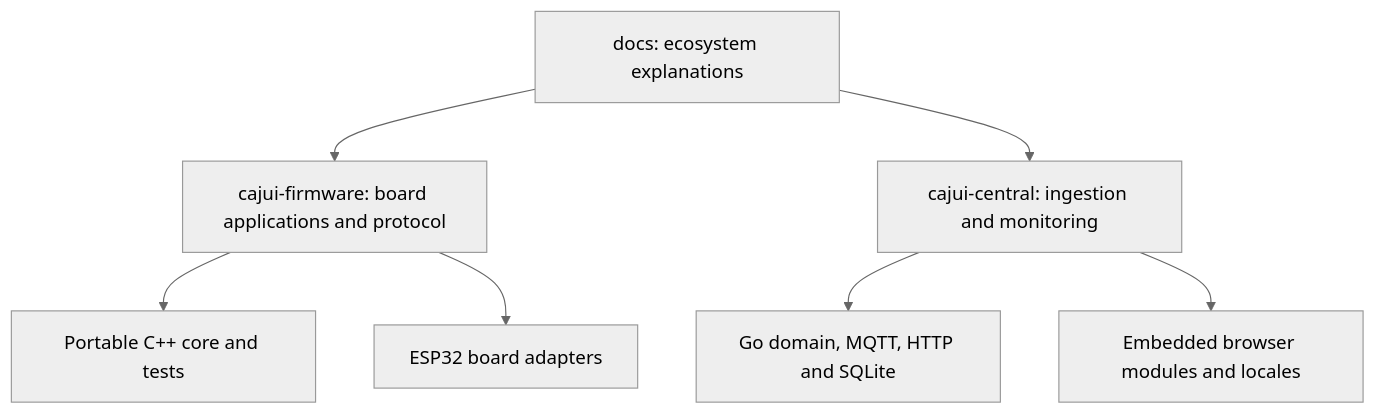
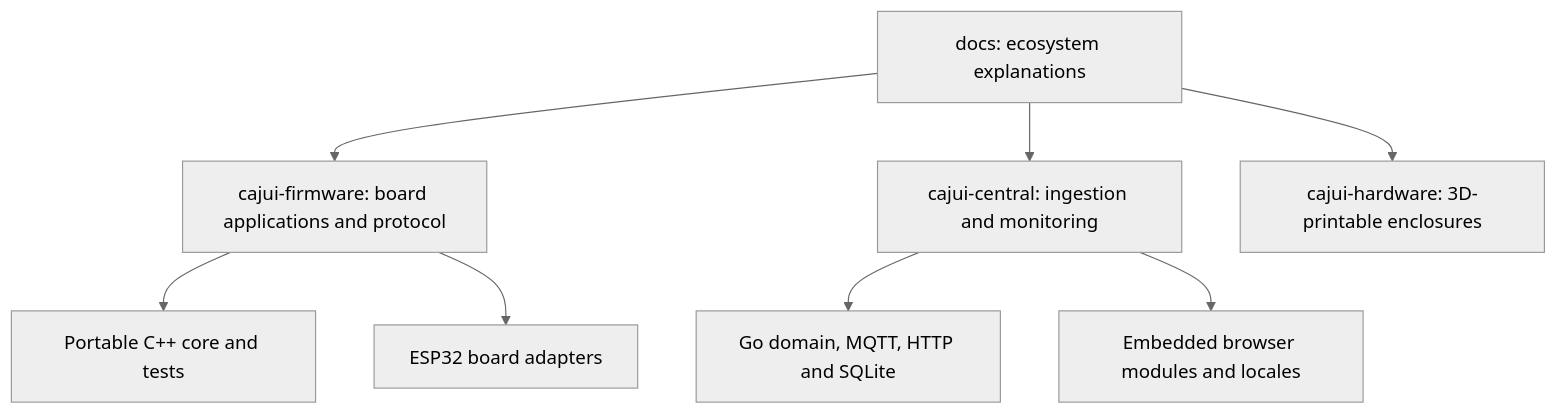
Before and after one commit to cajui/docs: the diagram in docs/en/development.md, drawn with Mermaid (neutral theme). The commit also changed 3 other files, not shown here.

First line of the commit message:
docs: link the cajui-hardware repository

````diff
--- a/docs/en/development.md
+++ b/docs/en/development.md
@@ -9,9 +9,10 @@
 ```mermaid
 flowchart TB
     D[docs: ecosystem explanations] --> F[cajui-firmware: board applications and protocol]
     D --> C[cajui-central: ingestion and monitoring]
+    D --> H[cajui-hardware: 3D-printable enclosures]
     F --> FC[Portable C++ core and tests]
     F --> FA[ESP32 board adapters]
     C --> CB[Go domain, MQTT, HTTP and SQLite]
     C --> UI[Embedded browser modules and locales]
 ```
````
